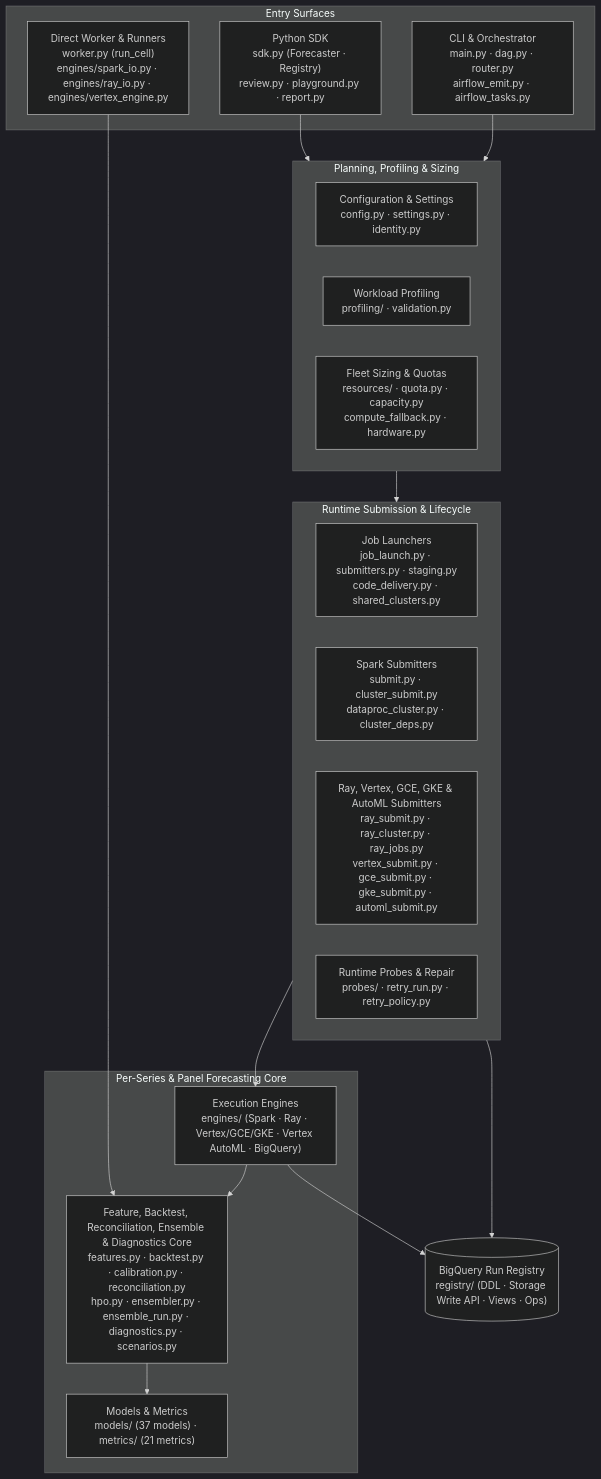
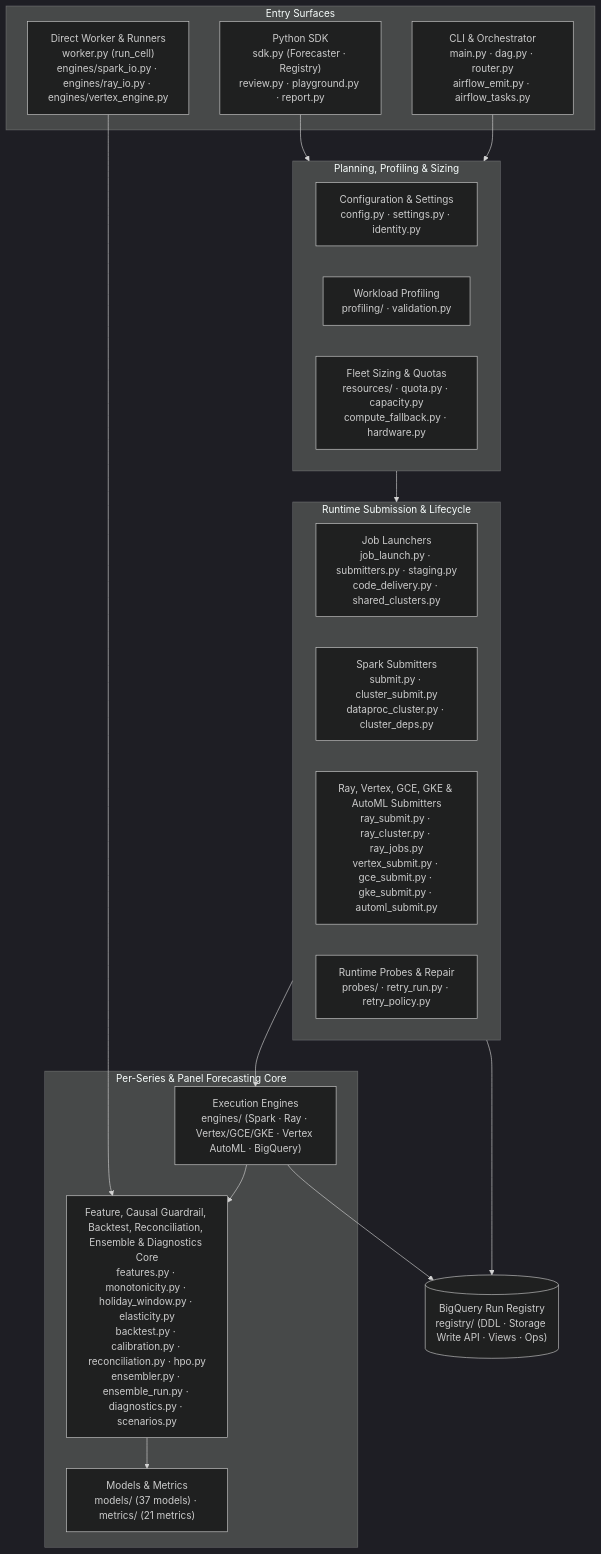
The diagram in src/scale_forecasting/README.md (statmike/scale-forecasting), drawn with Mermaid (dark theme) before and after one commit. The commit also changed other lines of this file and 61 other files, not shown here.

````diff
--- a/src/scale_forecasting/README.md
+++ b/src/scale_forecasting/README.md
@@ -7,36 +7,36 @@
 ```mermaid
 flowchart TB
     subgraph entry["Entry Surfaces"]
         sdk["Python SDK<br/>sdk.py (Forecaster · Registry)<br/>review.py · playground.py · report.py"]
         cli["CLI & Orchestrator<br/>main.py · dag.py · router.py<br/>airflow_emit.py · airflow_tasks.py"]
         direct["Direct Worker & Runners<br/>worker.py (run_cell)<br/>engines/spark_io.py · engines/ray_io.py · engines/vertex_engine.py"]
     end
 
     subgraph plan["Planning, Profiling & Sizing"]
         cfg["Configuration & Settings<br/>config.py · settings.py · identity.py"]
         prof["Workload Profiling<br/>profiling/ · validation.py"]
         res["Fleet Sizing & Quotas<br/>resources/ · quota.py · capacity.py<br/>compute_fallback.py · hardware.py"]
     end
 
     subgraph submit["Runtime Submission & Lifecycle"]
         sub["Job Launchers<br/>job_launch.py · submitters.py · staging.py<br/>code_delivery.py · shared_clusters.py"]
         spark_sub["Spark Submitters<br/>submit.py · cluster_submit.py<br/>dataproc_cluster.py · cluster_deps.py"]
         ray_sub["Ray, Vertex, GCE, GKE & AutoML Submitters<br/>ray_submit.py · ray_cluster.py · ray_jobs.py<br/>vertex_submit.py · gce_submit.py · gke_submit.py · automl_submit.py"]
         probes["Runtime Probes & Repair<br/>probes/ · retry_run.py · retry_policy.py"]
     end
 
     subgraph core["Per-Series & Panel Forecasting Core"]
         eng["Execution Engines<br/>engines/ (Spark · Ray · Vertex/GCE/GKE · Vertex AutoML · BigQuery)"]
-        wf["Feature, Backtest, Reconciliation, Ensemble & Diagnostics Core<br/>features.py · backtest.py · calibration.py · reconciliation.py<br/>hpo.py · ensembler.py · ensemble_run.py · diagnostics.py · scenarios.py"]
+        wf["Feature, Causal Guardrail, Backtest, Reconciliation, Ensemble & Diagnostics Core<br/>features.py · monotonicity.py · holiday_window.py · elasticity.py<br/>backtest.py · calibration.py · reconciliation.py · hpo.py<br/>ensembler.py · ensemble_run.py · diagnostics.py · scenarios.py"]
         mod["Models & Metrics<br/>models/ (37 models) · metrics/ (21 metrics)"]
     end
 
     reg[("BigQuery Run Registry<br/>registry/ (DDL · Storage Write API · Views · Ops)")]
 
     sdk & cli --> plan
     plan --> submit
     submit --> eng
     direct --> wf
     eng --> wf --> mod
     eng & submit --> reg
 ```
````
